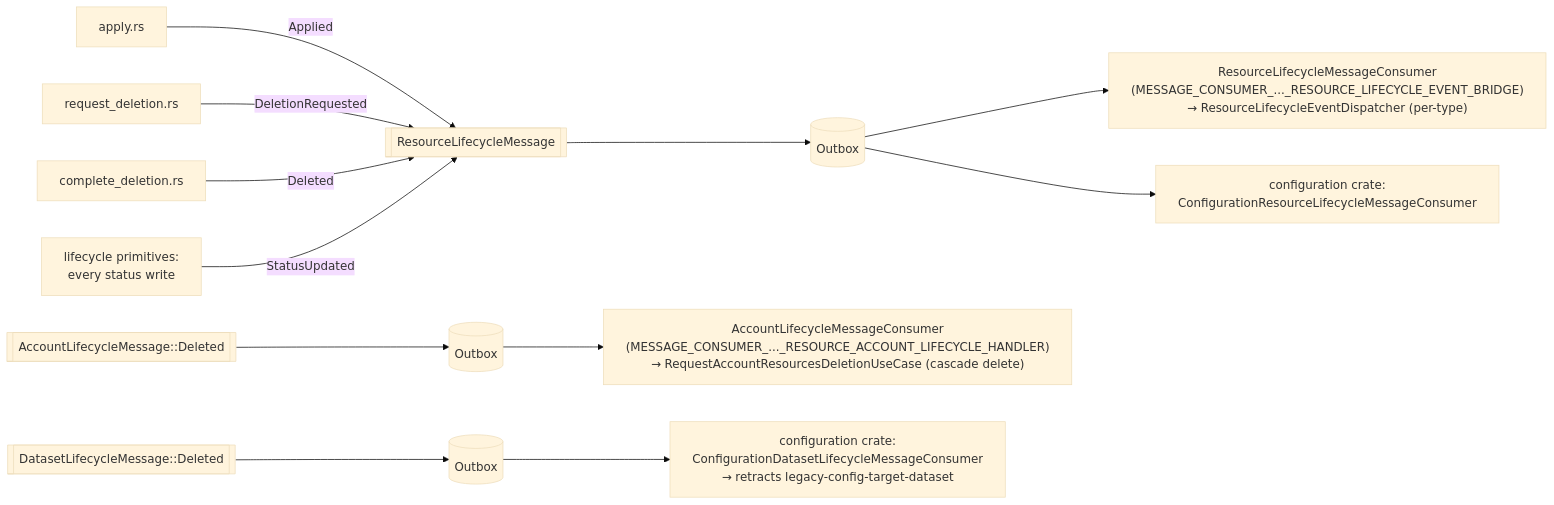
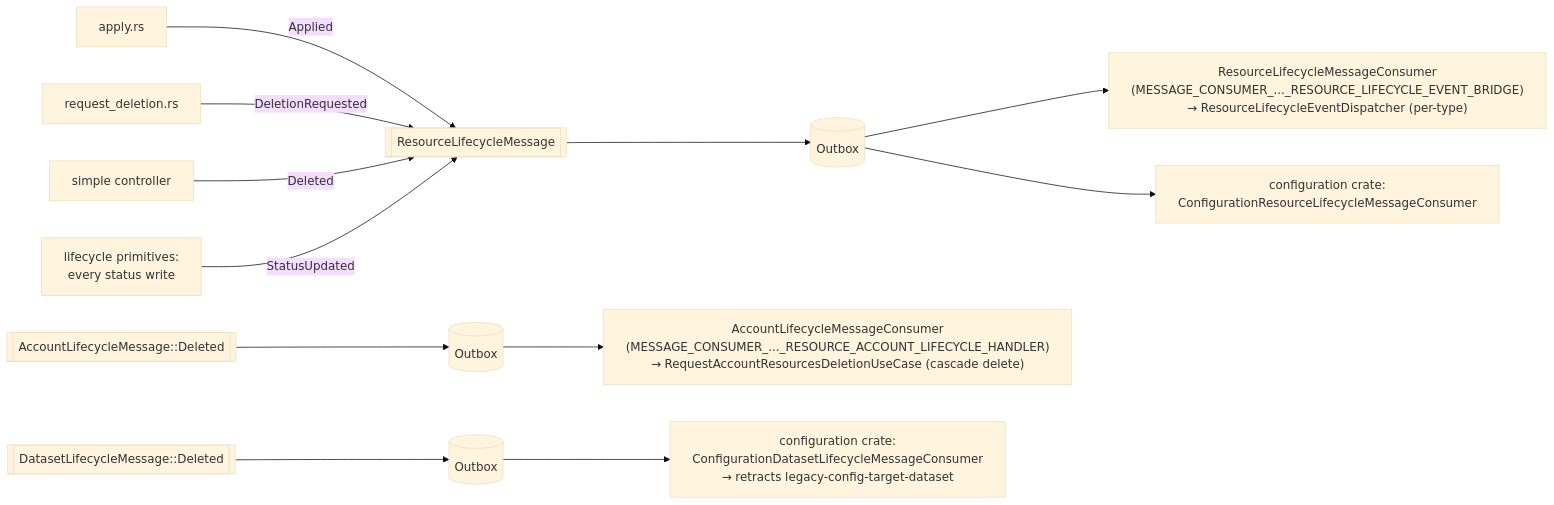
Before and after one commit to kamu-data/kamu-cli: the fifth of 6 diagrams in docs/internal/resources-framework.md, drawn with Mermaid (base theme). The commit also changed other lines of this file and 19 other files, not shown here.

Commit message:
SimpleResourceController owns reconciliation and cleanup transactions

````diff
--- a/docs/internal/resources-framework.md
+++ b/docs/internal/resources-framework.md
@@ -1504,18 +1514,18 @@
 ```mermaid
 flowchart LR
     APPLY["apply.rs"] -->|Applied| MSG[["ResourceLifecycleMessage"]]
     DEL["request_deletion.rs"] -->|DeletionRequested| MSG
-    COMP["complete_deletion.rs"] -->|Deleted| MSG
+    COMP["simple controller"] -->|Deleted| MSG
     PRIM["lifecycle primitives:<br/>every status write"] -->|StatusUpdated| MSG
 
     MSG --> OB[("Outbox")]
 
     OB --> BRIDGE["ResourceLifecycleMessageConsumer<br/>(MESSAGE_CONSUMER_..._RESOURCE_LIFECYCLE_EVENT_BRIDGE)<br/>→ ResourceLifecycleEventDispatcher (per-type)"]
     OB --> CFG["configuration crate:<br/>ConfigurationResourceLifecycleMessageConsumer"]
 
     ACC[["AccountLifecycleMessage::Deleted"]] --> OB2[("Outbox")]
     OB2 --> ACCH["AccountLifecycleMessageConsumer<br/>(MESSAGE_CONSUMER_..._RESOURCE_ACCOUNT_LIFECYCLE_HANDLER)<br/>→ RequestAccountResourcesDeletionUseCase (cascade delete)"]
 
     DS[["DatasetLifecycleMessage::Deleted"]] --> OB3[("Outbox")]
     OB3 --> DSH["configuration crate:<br/>ConfigurationDatasetLifecycleMessageConsumer<br/>→ retracts legacy-config-target-dataset"]
 ```
````
